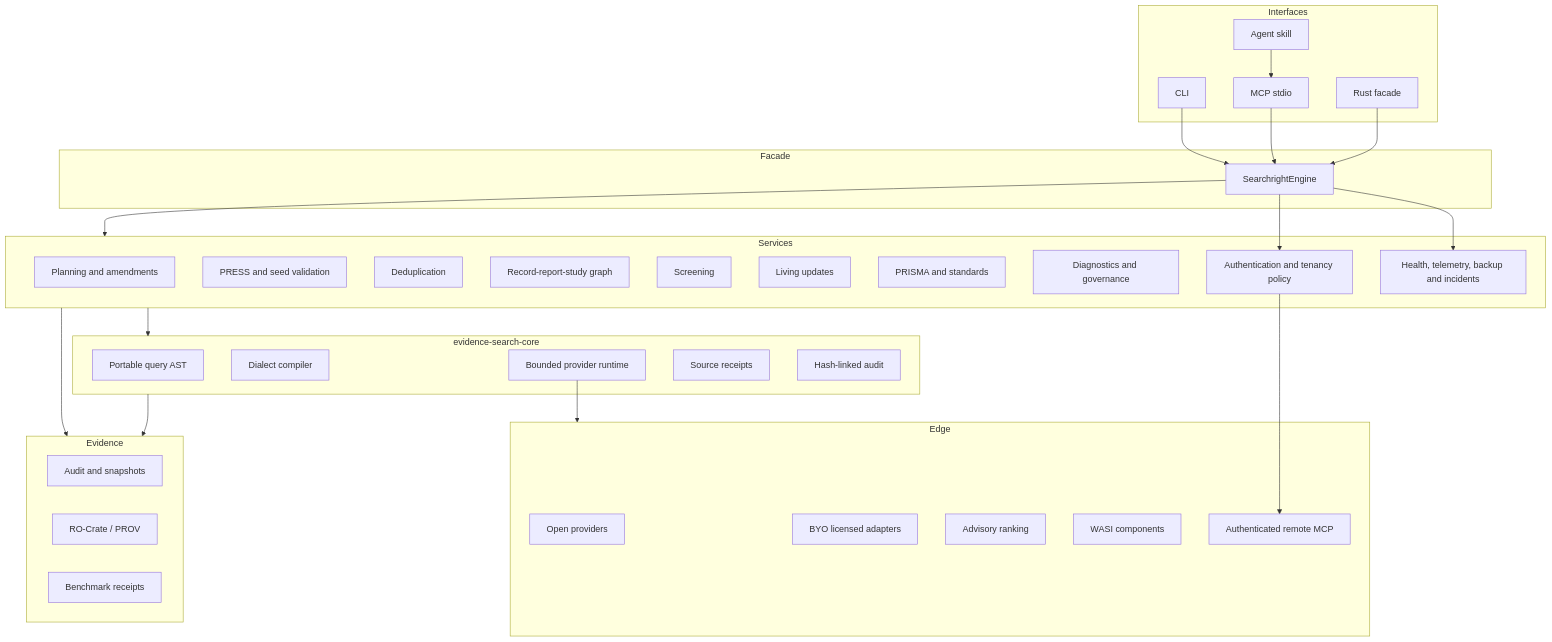
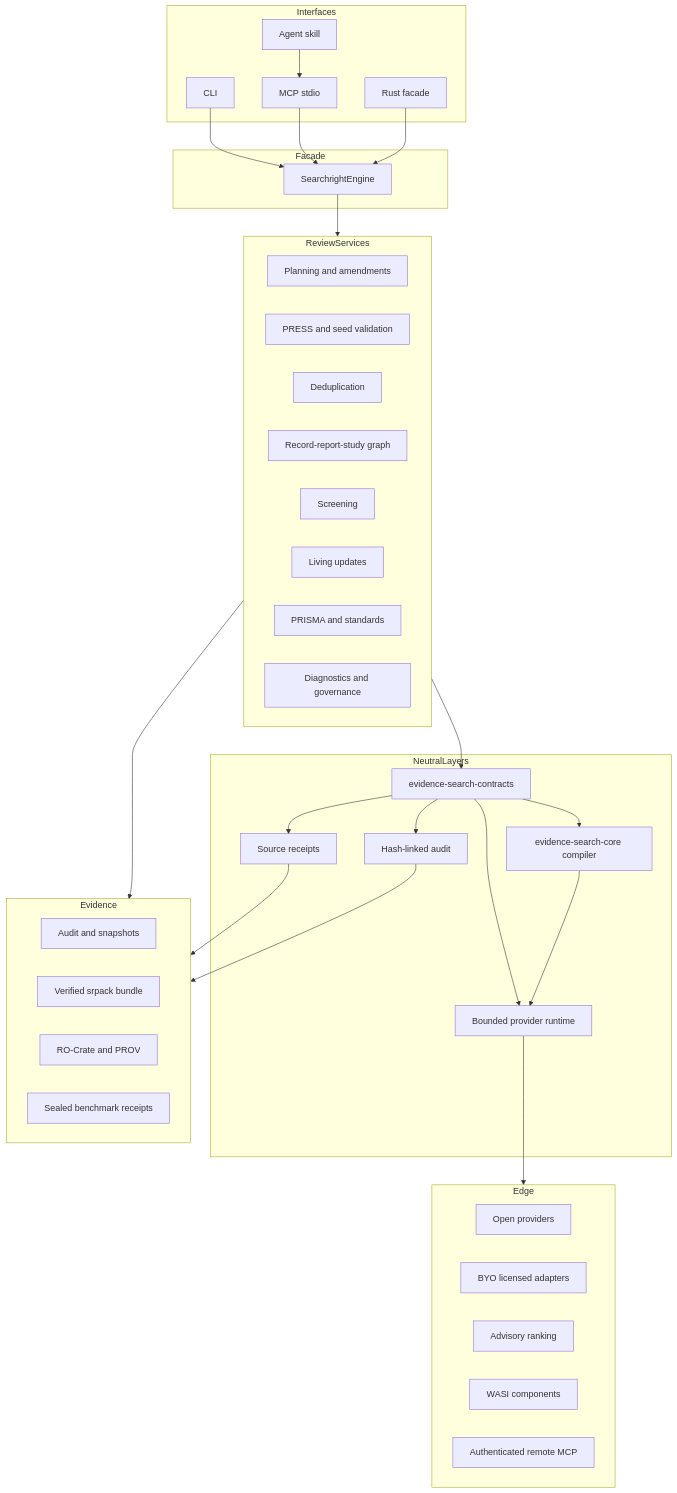
Before and after one commit to edithatogo/searchright: the first of 4 diagrams in docs/architecture.md, drawn with Mermaid. The commit also changed other lines of this file and 451 other files, not shown here.

````diff
--- a/docs/architecture.md
+++ b/docs/architecture.md
@@ -9,56 +10,58 @@
 ```mermaid
 flowchart TB
   subgraph Interfaces
     CLI[CLI]
     MCP[MCP stdio]
     API[Rust facade]
     SKILL[Agent skill]
   end
   subgraph Facade
     ENGINE[SearchrightEngine]
   end
-  subgraph Services
+  subgraph ReviewServices
     PLAN[Planning and amendments]
     VALIDATE[PRESS and seed validation]
     DEDUP[Deduplication]
     STUDY[Record-report-study graph]
     SCREEN[Screening]
     LIVING[Living updates]
     REPORT[PRISMA and standards]
     GOV[Diagnostics and governance]
-    ACCESS[Authentication and tenancy policy]
-    OPS[Health, telemetry, backup and incidents]
   end
-  subgraph Kernel[evidence-search-core]
-    AST[Portable query AST]
-    COMP[Dialect compiler]
+  subgraph NeutralLayers
+    CONTRACTS[evidence-search-contracts]
+    COMP[evidence-search-core compiler]
     PROVIDER[Bounded provider runtime]
     RECEIPT[Source receipts]
     AUDIT[Hash-linked audit]
   end
   subgraph Edge
     OPEN[Open providers]
     LICENSED[BYO licensed adapters]
     RANK[Advisory ranking]
     WASI[WASI components]
     REMOTE[Authenticated remote MCP]
   end
   subgraph Evidence
     STORE[Audit and snapshots]
-    RO[RO-Crate / PROV]
-    BENCH[Benchmark receipts]
+    BUNDLE[Verified srpack bundle]
+    RO[RO-Crate and PROV]
+    BENCH[Sealed benchmark receipts]
   end
 
   CLI --> ENGINE
   MCP --> ENGINE
   API --> ENGINE
   SKILL --> MCP
-  ENGINE --> Services
-  Services --> Kernel
-  ENGINE --> ACCESS
-  ENGINE --> OPS
-  ACCESS --> REMOTE
+  ENGINE --> ReviewServices
+  ReviewServices --> CONTRACTS
+  CONTRACTS --> COMP
+  CONTRACTS --> PROVIDER
+  CONTRACTS --> RECEIPT
+  CONTRACTS --> AUDIT
+  COMP --> PROVIDER
   PROVIDER --> Edge
-  Services --> Evidence
-  Kernel --> Evidence
+  ReviewServices --> Evidence
+  RECEIPT --> Evidence
+  AUDIT --> Evidence
 ```
````
